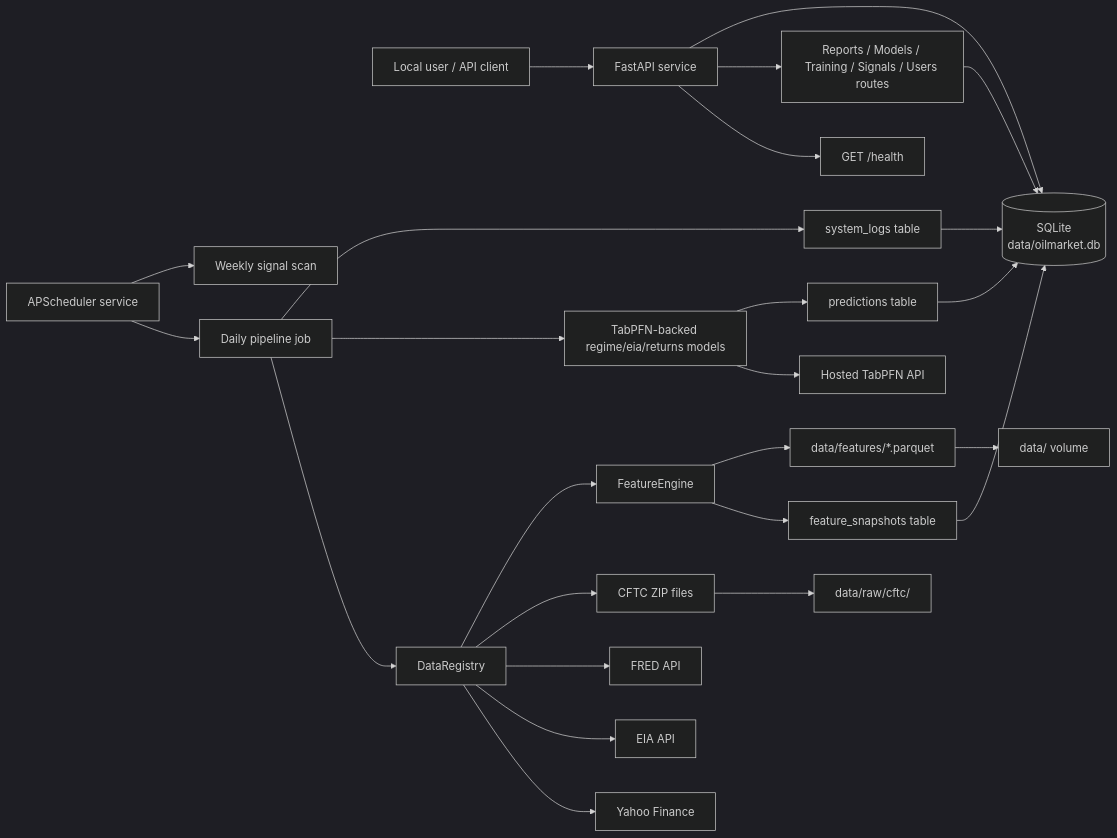
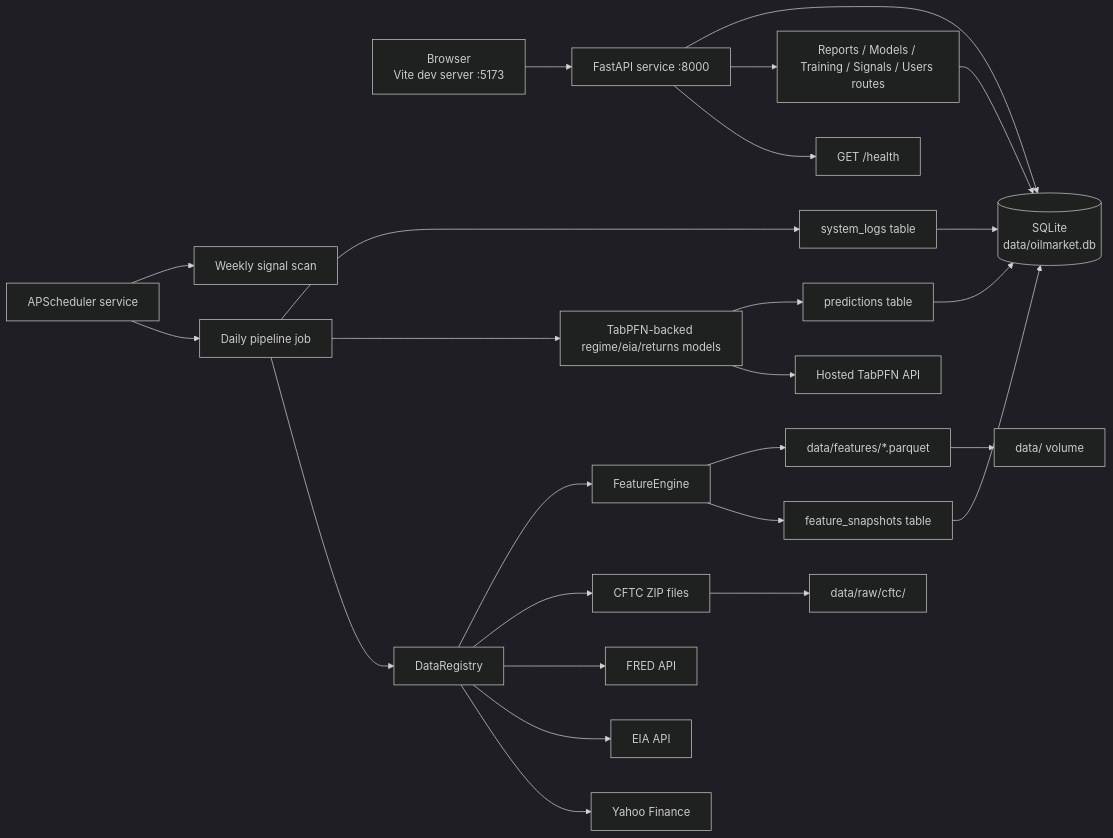
The first of 4 diagrams in docs/architecture.md (skang10/oil-signalyst), drawn with Mermaid (dark theme) before and after one commit. The commit also changed other lines of this file and 3 other files, not shown here.

First line of the commit message:
docs(architecture): add frontend deep-dive, bring backend/system docs up to date

````diff
--- a/docs/architecture.md
+++ b/docs/architecture.md
@@ -11,31 +11,31 @@
 ```mermaid
 flowchart LR
-    User[Local user / API client] --> API[FastAPI service]
+    Browser[Browser<br/>Vite dev server :5173] --> API[FastAPI service :8000]
     Scheduler[APScheduler service] --> Pipeline[Daily pipeline job]
     Scheduler --> SignalScan[Weekly signal scan]
 
     API --> Health[GET /health]
     API --> Reports[Reports / Models / Training / Signals / Users routes]
     API --> DB[(SQLite<br/>data/oilmarket.db)]
 
     Pipeline --> Registry[DataRegistry]
     Registry --> Yahoo[Yahoo Finance]
     Registry --> EIA[EIA API]
     Registry --> FRED[FRED API]
     Registry --> CFTC[CFTC ZIP files]
 
     Registry --> FeatureEngine[FeatureEngine]
     FeatureEngine --> FeatureSnapshot[feature_snapshots table]
     FeatureEngine --> Parquet[data/features/*.parquet]
     Pipeline --> ML[TabPFN-backed regime/eia/returns models]
     ML --> TabPFN[Hosted TabPFN API]
     ML --> Predictions[predictions table]
     Pipeline --> SystemLog[system_logs table]
 
     Reports --> DB
     Predictions --> DB
     FeatureSnapshot --> DB
     SystemLog --> DB
     Parquet --> DataDir[data/ volume]
     CFTC --> RawCache[data/raw/cftc/]
 ```
````
